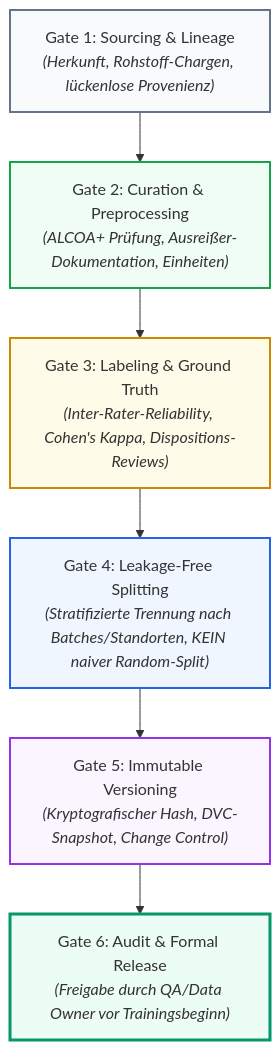
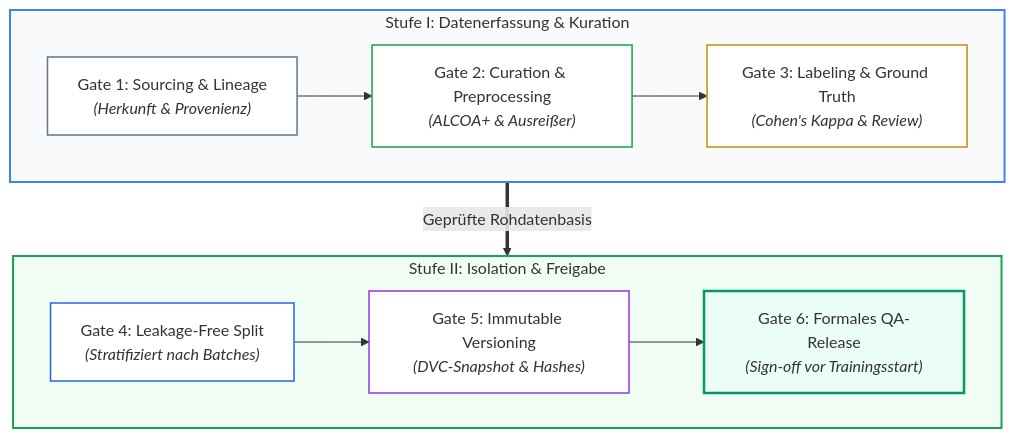
One commit to Lunaman06/Annex22 changed the diagram in docs/de/module_06_data_governance_quality.md. Above: the diagram before and after it, drawn with Mermaid. The commit also changed 29 other files, not shown here.

Commit message:
style(docs): optimize mermaid diagram aspect ratios, edge flows and legibility across all DE and EN modules

````diff
--- a/docs/de/module_06_data_governance_quality.md
+++ b/docs/de/module_06_data_governance_quality.md
@@ -22,15 +22,25 @@
 ```mermaid
 flowchart TD
-    G1["Gate 1: Sourcing & Lineage<br/><i>(Herkunft, Rohstoff-Chargen, lückenlose Provenienz)</i>"] --> G2["Gate 2: Curation & Preprocessing<br/><i>(ALCOA+ Prüfung, Ausreißer-Dokumentation, Einheiten)</i>"]
-    G2 --> G3["Gate 3: Labeling & Ground Truth<br/><i>(Inter-Rater-Reliability, Cohen's Kappa, Dispositions-Reviews)</i>"]
-    G3 --> G4["Gate 4: Leakage-Free Splitting<br/><i>(Stratifizierte Trennung nach Batches/Standorten, KEIN naiver Random-Split)</i>"]
-    G4 --> G5["Gate 5: Immutable Versioning<br/><i>(Kryptografischer Hash, DVC-Snapshot, Change Control)</i>"]
-    G5 --> G6["Gate 6: Audit & Formal Release<br/><i>(Freigabe durch QA/Data Owner vor Trainingsbeginn)</i>"]
+    subgraph P1["Stufe I: Datenerfassung & Kuration"]
+        direction LR
+        G1["Gate 1: Sourcing & Lineage<br/><i>(Herkunft & Provenienz)</i>"] --> G2["Gate 2: Curation & Preprocessing<br/><i>(ALCOA+ & Ausreißer)</i>"]
+        G2 --> G3["Gate 3: Labeling & Ground Truth<br/><i>(Cohen's Kappa & Review)</i>"]
+    end
 
-    style G1 fill:#f8fafc,stroke:#64748b,stroke-width:2px
-    style G2 fill:#f0fdf4,stroke:#16a34a,stroke-width:2px
-    style G3 fill:#fefce8,stroke:#ca8a04,stroke-width:2px
-    style G4 fill:#eff6ff,stroke:#2563eb,stroke-width:2px
-    style G5 fill:#faf5ff,stroke:#9333ea,stroke-width:2px
-    style G6 fill:#ecfdf5,stroke:#059669,stroke-width:3px
+    subgraph P2["Stufe II: Isolation & Freigabe"]
+        direction LR
+        G4["Gate 4: Leakage-Free Split<br/><i>(Stratifiziert nach Batches)</i>"] --> G5["Gate 5: Immutable Versioning<br/><i>(DVC-Snapshot & Hashes)</i>"]
+        G5 --> G6["Gate 6: Formales QA-Release<br/><i>(Sign-off vor Trainingsstart)</i>"]
+    end
+
+    P1 ==>|"Geprüfte Rohdatenbasis"| P2
+
+    style P1 fill:#f8fafc,stroke:#3b82f6,stroke-width:2px
+    style P2 fill:#f0fdf4,stroke:#16a34a,stroke-width:2px
+    style G1 fill:#ffffff,stroke:#64748b,stroke-width:1.5px
+    style G2 fill:#ffffff,stroke:#16a34a,stroke-width:1.5px
+    style G3 fill:#ffffff,stroke:#ca8a04,stroke-width:1.5px
+    style G4 fill:#ffffff,stroke:#2563eb,stroke-width:1.5px
+    style G5 fill:#ffffff,stroke:#9333ea,stroke-width:1.5px
+    style G6 fill:#ecfdf5,stroke:#059669,stroke-width:2.5px
 ```
````
